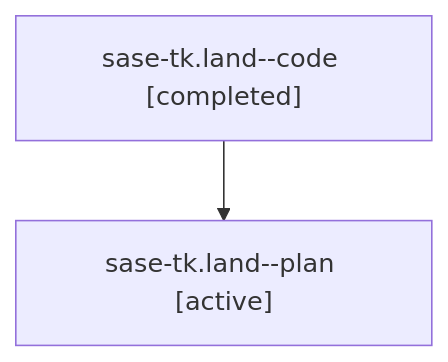
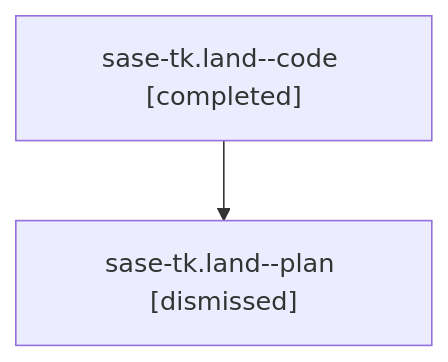
The diagram in sessions/bbugyi200.athena.sase-tk.land.md (sase-org/sase--agents), drawn with Mermaid before and after one commit. The commit also changed other lines of this file and 148 other files, not shown here.

````diff
--- a/sessions/bbugyi200.athena.sase-tk.land.md
+++ b/sessions/bbugyi200.athena.sase-tk.land.md
@@ -9,6 +9,6 @@
 ```mermaid
 flowchart TD
   n0["sase-tk.land--code [completed]"]
-  n1["sase-tk.land--plan [active]"]
+  n1["sase-tk.land--plan [dismissed]"]
   n0 --> n1
 ```
````
